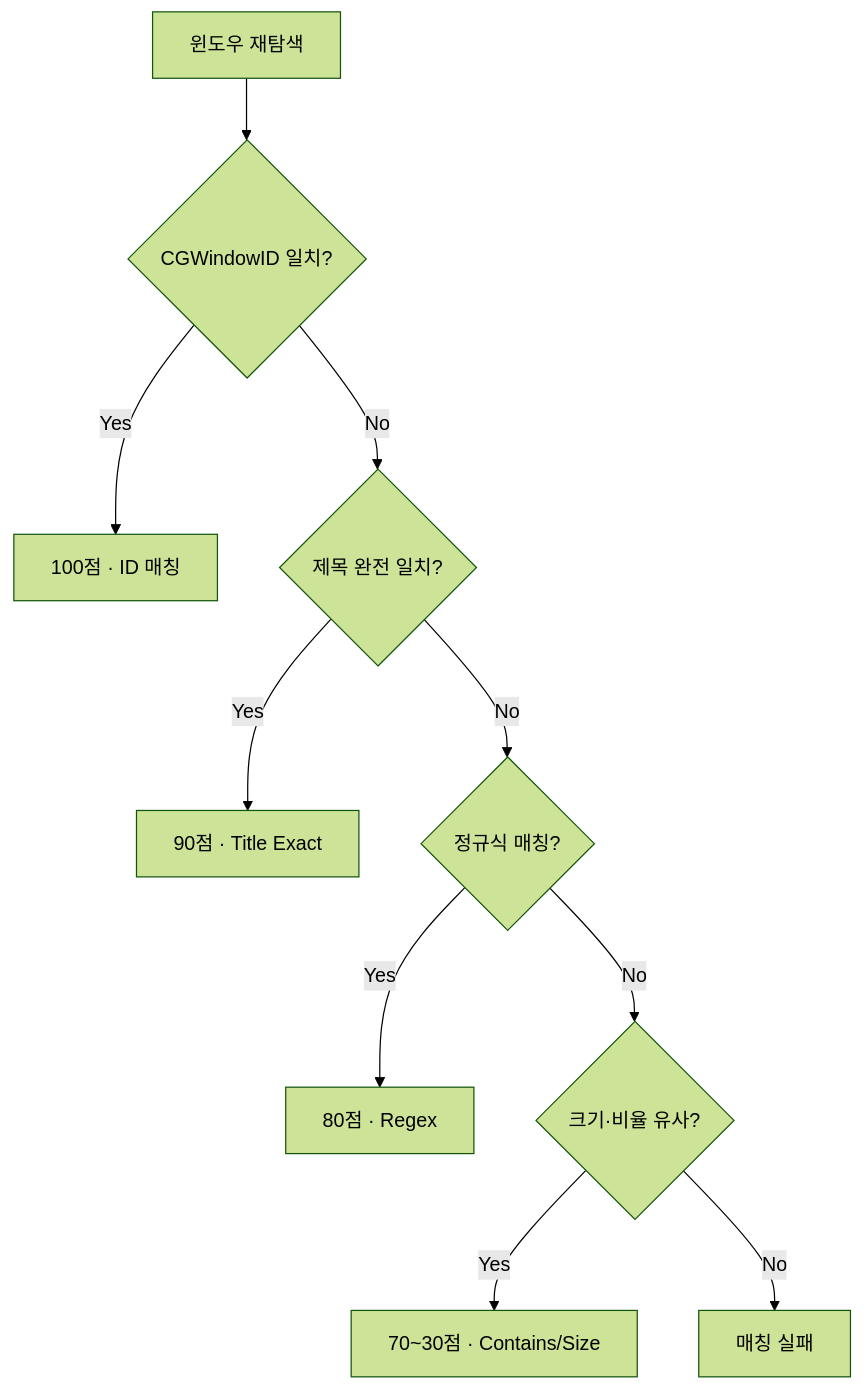
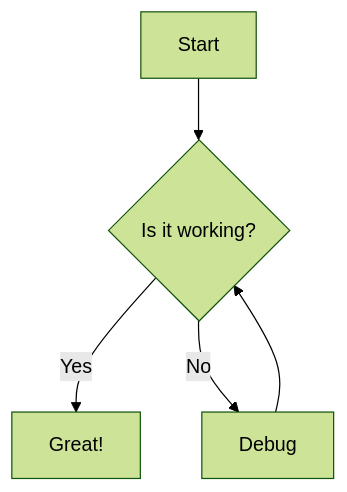
The first of 3 diagrams in Projects/m2Slide_single_mode/m2SlideStyle.md (Finfra/m2slide), drawn with Mermaid (forest theme) before and after one commit. The commit also changed other lines of this file and 11 other files, not shown here.

````diff
--- a/Projects/m2Slide_single_mode/m2SlideStyle.md
+++ b/Projects/m2Slide_single_mode/m2SlideStyle.md
@@ -107,12 +93,7 @@
 ```mermaid
 graph TD
-    A[윈도우 재탐색] --> B{CGWindowID 일치?}
-    B -- Yes --> S1[100점 · ID 매칭]
-    B -- No --> C{제목 완전 일치?}
-    C -- Yes --> S2[90점 · Title Exact]
-    C -- No --> D{정규식 매칭?}
-    D -- Yes --> S3[80점 · Regex]
-    D -- No --> E{크기·비율 유사?}
-    E -- Yes --> S4[70~30점 · Contains/Size]
-    E -- No --> S5[매칭 실패]
+    A[Start] --> B{Is it working?}
+    B -- Yes --> C[Great!]
+    B -- No --> D[Debug]
+    D --> B
 ```
````
